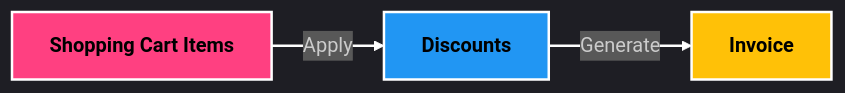
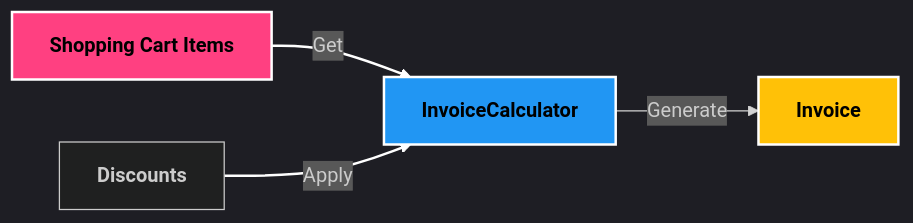
The diagram in README.md (rafadc/cash_register), drawn with Mermaid before and after one commit.

Commit message:
Updating to clarify

````diff
--- a/README.md
+++ b/README.md
@@ -8,10 +8,11 @@
 ```mermaid
 %%{init: {'theme': 'dark', 'themeVariables': { 'darkMode': true }}}%%
 graph LR
-    A[<b>Shopping Cart Items</b>] -->|Apply| B[<b>Discounts</b>]
+    A[<b>Shopping Cart Items</b>] -->|Get| B[<b>InvoiceCalculator</b>]
+    D[<b>Discounts</b>] -->|Apply| B[<b>InvoiceCalculator</b>]
     B -->|Generate| C[<b>Invoice</b>]
     style A fill:#FF4081,stroke:#FFF,stroke-width:2px,color:#000000
     style B fill:#2196F3,stroke:#FFF,stroke-width:2px,color:#000000
     style C fill:#FFC107,stroke:#FFF,stroke-width:2px,color:#000000
     linkStyle 0,1 stroke:#FFF,stroke-width:2px
 ```
````
